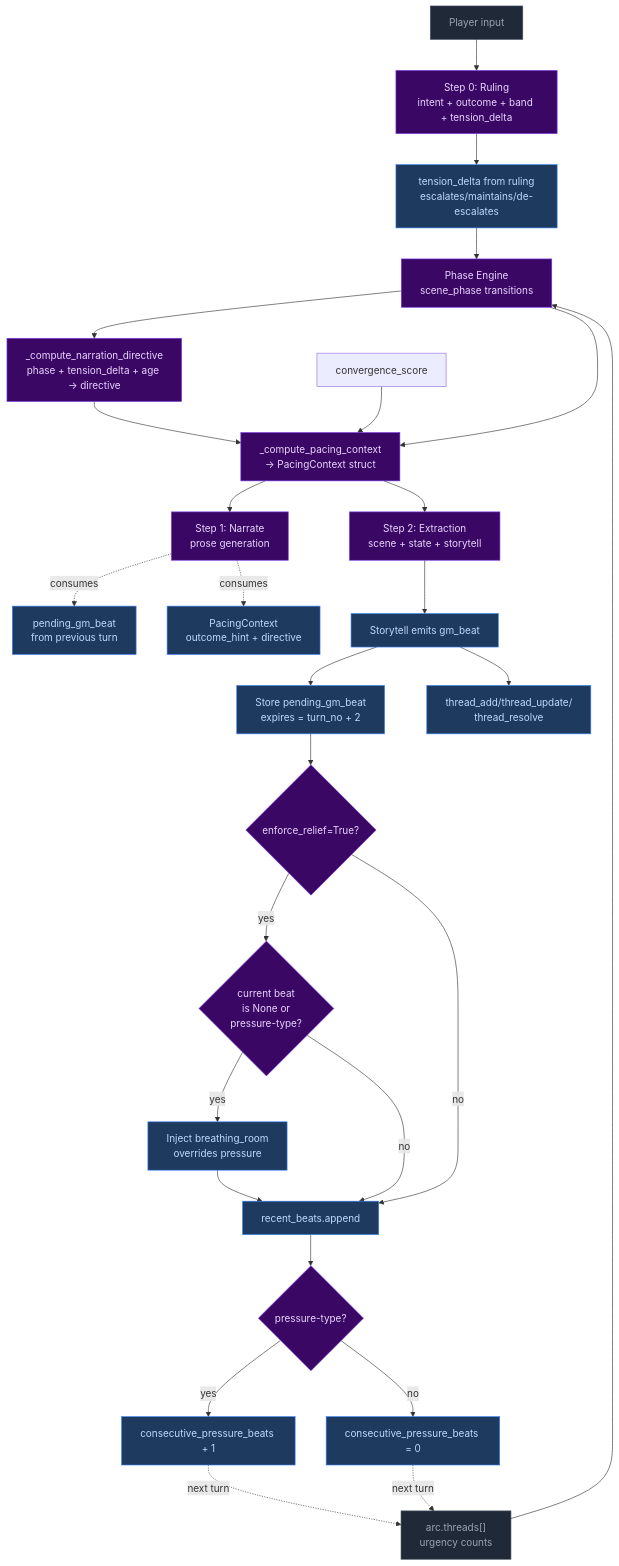
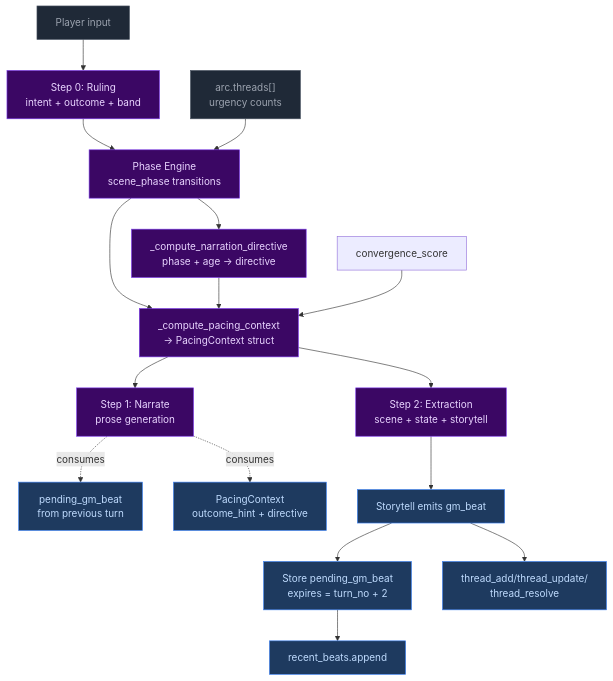
The seventh of 7 diagrams in docs/architecture/pacing-systems.md (pww217/fablethread), drawn with Mermaid before and after one commit. The commit also changed other lines of this file and 6 other files, not shown here.

````diff
--- a/docs/architecture/pacing-systems.md
+++ b/docs/architecture/pacing-systems.md
@@ -279,49 +259,35 @@
 ```mermaid
 flowchart TD
     classDef input fill:#1f2937,color:#9ca3af,stroke:#4b5563
     classDef decision fill:#3b0764,color:#e9d5ff,stroke:#7c3aed
     classDef output fill:#1e3a5f,color:#bfdbfe,stroke:#3b82f6
     classDef system fill:#3b0764,color:#e9d5ff,stroke:#7c3aed,strokeWidth:2px
 
-    INPUT["Player input"]:::input --> RULING["Step 0: Ruling<br>intent + outcome + band + tension_delta"]:::system
+    INPUT["Player input"]:::input --> RULING["Step 0: Ruling<br>intent + outcome + band"]:::system
 
-    RULING --> TD["tension_delta from ruling<br>escalates/maintains/de-escalates"]:::output
-
-    TD --> PHASE["Phase Engine<br>scene_phase transitions"]:::system
+    RULING --> PHASE["Phase Engine<br>scene_phase transitions"]:::system
 
     THREADS["arc.threads[]<br>urgency counts"]:::input --> PHASE
 
-    PHASE --> DIR["_compute_narration_directive<br>phase + tension_delta + age → directive"]:::system
+    PHASE --> DIR["_compute_narration_directive<br>phase + age → directive"]:::system
 
     PHASE & DIR & CS["convergence_score"] --> PC["_compute_pacing_context<br>→ PacingContext struct"]:::system
 
     PC --> NARRATE["Step 1: Narrate<br>prose generation"]:::system
     PC --> EXTRACTION["Step 2: Extraction<br>scene + state + storytell"]:::system
 
     NARRATE -. "consumes" .-> N_GM["pending_gm_beat<br>from previous turn"]:::output
     NARRATE -. "consumes" .-> N_PC["PacingContext<br>outcome_hint + directive"]:::output
 
     EXTRACTION --> STORYLLM["Storytell emits gm_beat"]:::output
     STORYLLM --> BEAT_STORE["Store pending_gm_beat<br>expires = turn_no + 2"]:::output
     STORYLLM --> THREADS2["thread_add/thread_update/<br>thread_resolve"]:::output
 
-    BEAT_STORE --> RELIEF{"enforce_relief=True?"}:::decision
-    RELIEF -- yes --> OVR{"current beat<br>is None or<br>pressure-type?"}:::decision
-    OVR -- yes --> FLOOR_OUT["Inject breathing_room<br>overrides pressure"]:::output
-    OVR -- no --> HISTORY["recent_beats.append"]:::output
-    RELIEF -- no --> HISTORY
-    FLOOR_OUT --> HISTORY
-
-    HISTORY --> COUNTER{"pressure-type?"}:::decision
-    COUNTER -- yes --> INC["consecutive_pressure_beats + 1"]:::output
-    COUNTER -- no --> RESET["consecutive_pressure_beats = 0"]:::output
-
-    INC -. "next turn" .-> THREADS
-    RESET -. "next turn" .-> THREADS
+    BEAT_STORE --> HISTORY["recent_beats.append"]:::output
 
     style RULING fill:#3b0764,color:#e9d5ff,stroke:#7c3aed,strokeWidth:2px
     style PHASE fill:#3b0764,color:#e9d5ff,stroke:#7c3aed,strokeWidth:2px
     style PC fill:#3b0764,color:#e9d5ff,stroke:#7c3aed,strokeWidth:2px
     style NARRATE fill:#3b0764,color:#e9d5ff,stroke:#7c3aed,strokeWidth:2px
     style EXTRACTION fill:#3b0764,color:#e9d5ff,stroke:#7c3aed,strokeWidth:2px
 ```
````
